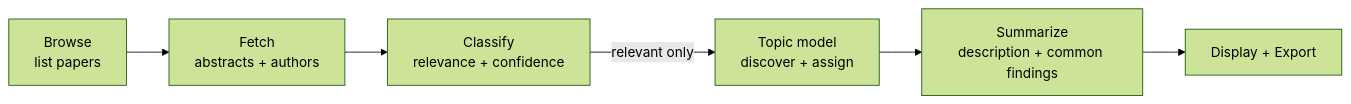
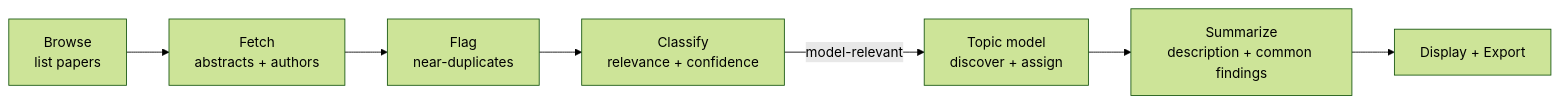
Before and after one commit to picaultj/conflens: the second of 4 diagrams in docs/ARCHITECTURE.md, drawn with Mermaid (forest theme). The commit also changed other lines of this file and 2 other files, not shown here.

First line of the commit message:
Docs: refresh README, ARCHITECTURE, and AGENTS for current features

````diff
--- a/docs/ARCHITECTURE.md
+++ b/docs/ARCHITECTURE.md
@@ -47,8 +54,9 @@
 ```mermaid
 flowchart LR
     A["Browse<br/>list papers"] --> B["Fetch<br/>abstracts + authors"]
-    B --> C["Classify<br/>relevance + confidence"]
-    C -->|relevant only| D["Topic model<br/>discover + assign"]
+    B --> G["Flag<br/>near-duplicates"]
+    G --> C["Classify<br/>relevance + confidence"]
+    C -->|model-relevant| D["Topic model<br/>discover + assign"]
     D --> E["Summarize<br/>description + common findings"]
     E --> F["Display + Export"]
 ```
````
